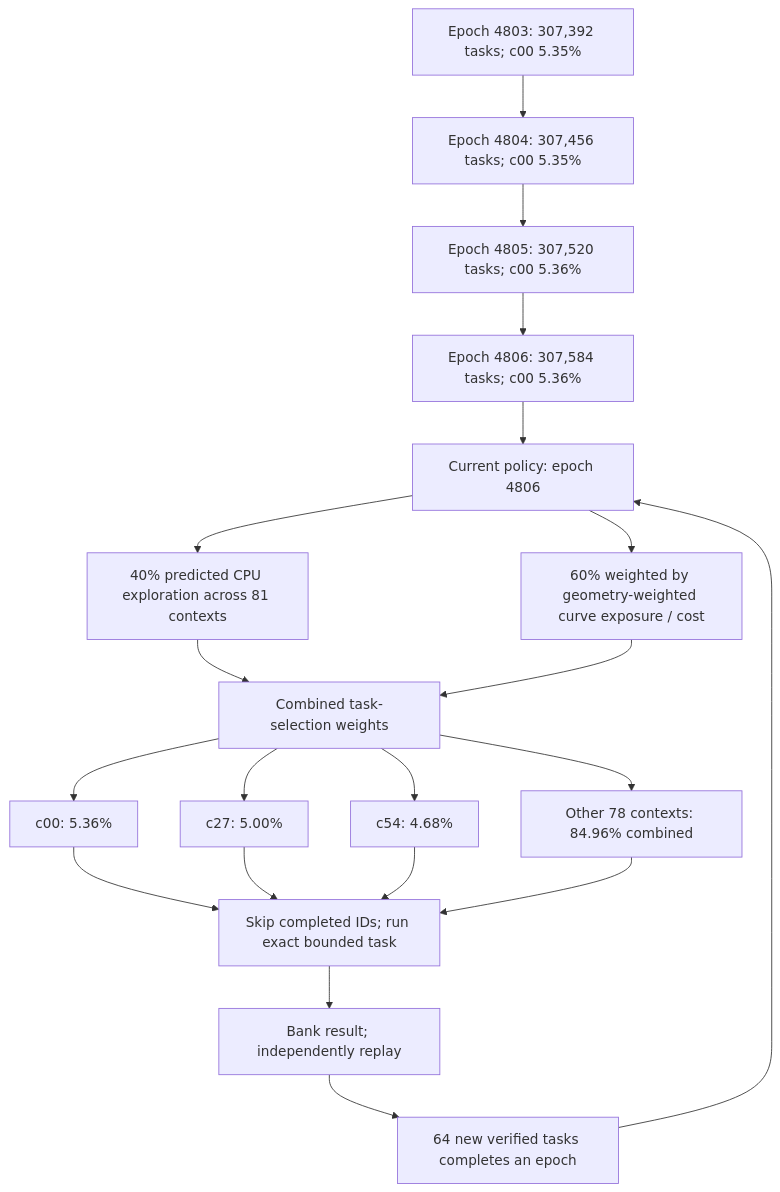
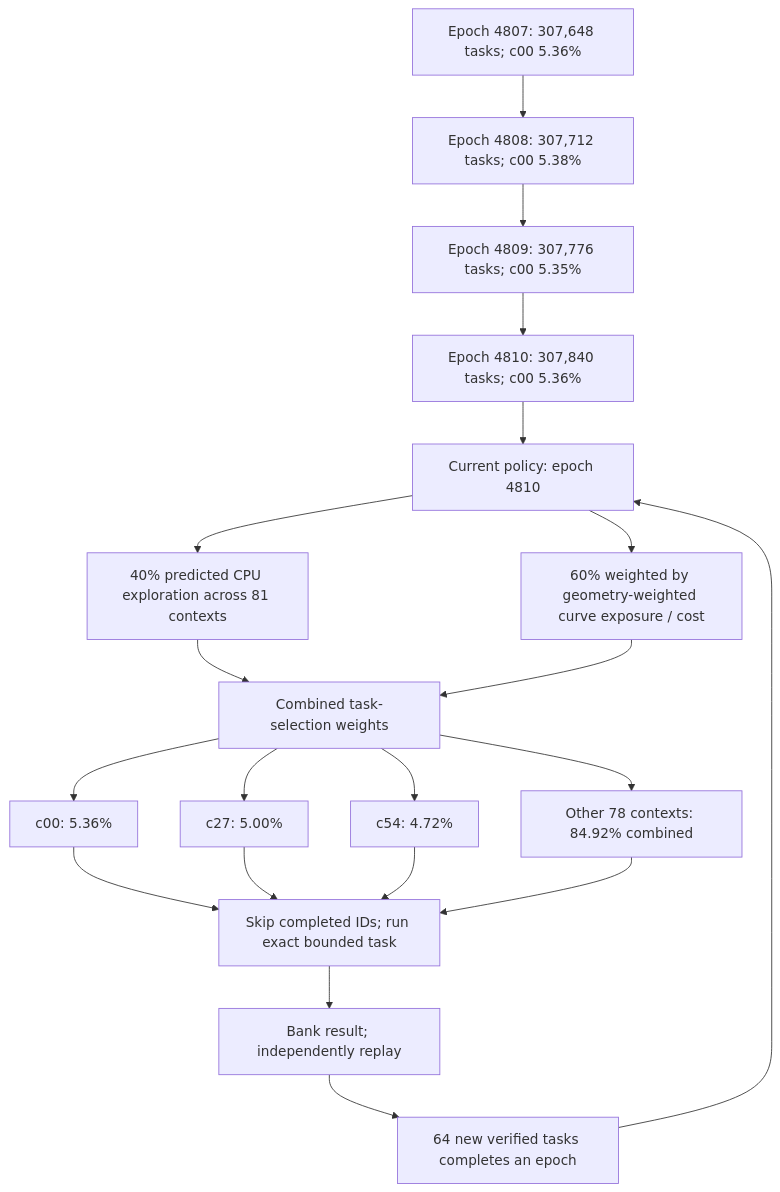
The first of 3 diagrams in README.md (Kuberwastaken/math-gambling), drawn with Mermaid before and after one commit. The commit also changed other lines of this file and 580 other files, not shown here.

````diff
--- a/README.md
+++ b/README.md
@@ -60,27 +60,27 @@
 ```mermaid
 flowchart TD
-    H0["Epoch 4803: 307,392 tasks; c00 5.35%"]
-    H1["Epoch 4804: 307,456 tasks; c00 5.35%"]
+    H0["Epoch 4807: 307,648 tasks; c00 5.36%"]
+    H1["Epoch 4808: 307,712 tasks; c00 5.38%"]
     H0 --> H1
-    H2["Epoch 4805: 307,520 tasks; c00 5.36%"]
+    H2["Epoch 4809: 307,776 tasks; c00 5.35%"]
     H1 --> H2
-    H3["Epoch 4806: 307,584 tasks; c00 5.36%"]
+    H3["Epoch 4810: 307,840 tasks; c00 5.36%"]
     H2 --> H3
-    Policy["Current policy: epoch 4806"]
+    Policy["Current policy: epoch 4810"]
     H3 --> Policy
     Policy --> Explore["40% predicted CPU exploration across 81 contexts"]
     Policy --> Cost["60% weighted by geometry-weighted curve exposure / cost"]
     Explore --> Mix["Combined task-selection weights"]
     Cost --> Mix
     Mix --> C0["c00: 5.36%"]
     Mix --> C1["c27: 5.00%"]
-    Mix --> C2["c54: 4.68%"]
-    Mix --> Rest["Other 78 contexts: 84.96% combined"]
+    Mix --> C2["c54: 4.72%"]
+    Mix --> Rest["Other 78 contexts: 84.92% combined"]
     C0 --> Check["Skip completed IDs; run exact bounded task"]
     C1 --> Check
     C2 --> Check
     Rest --> Check
     Check --> Replay["Bank result; independently replay"]
     Replay --> Gate["64 new verified tasks completes an epoch"]
     Gate --> Policy
 ```
````
